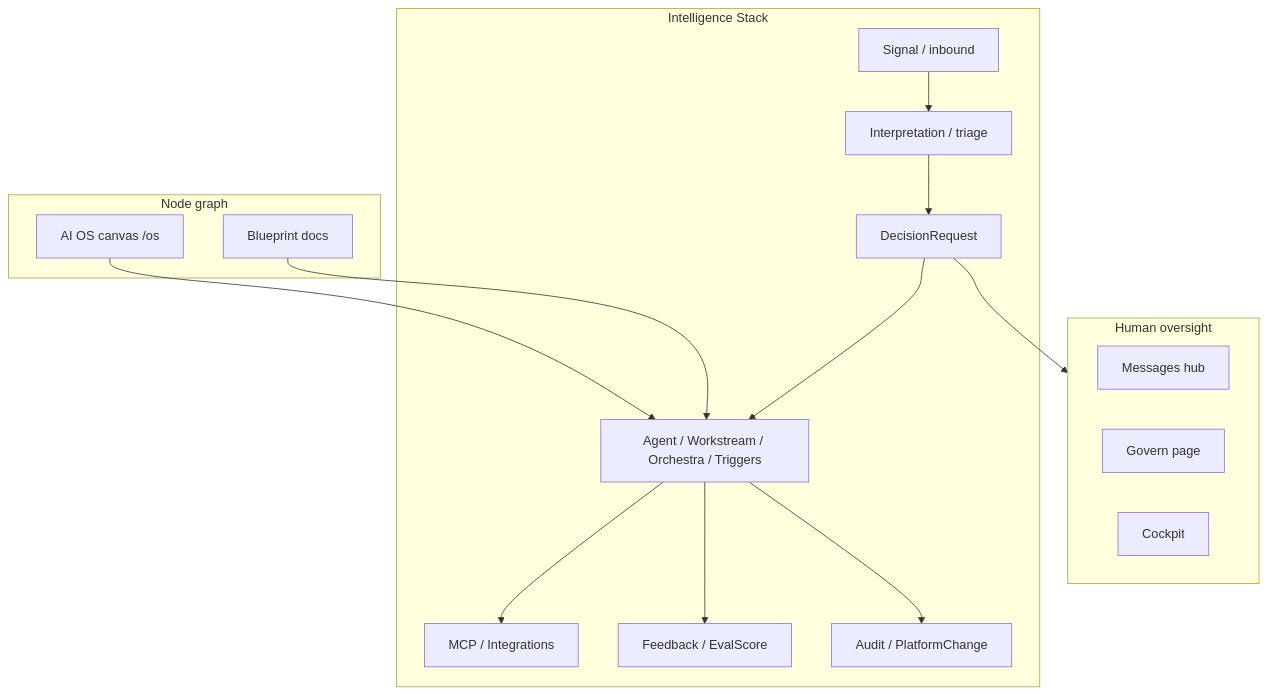
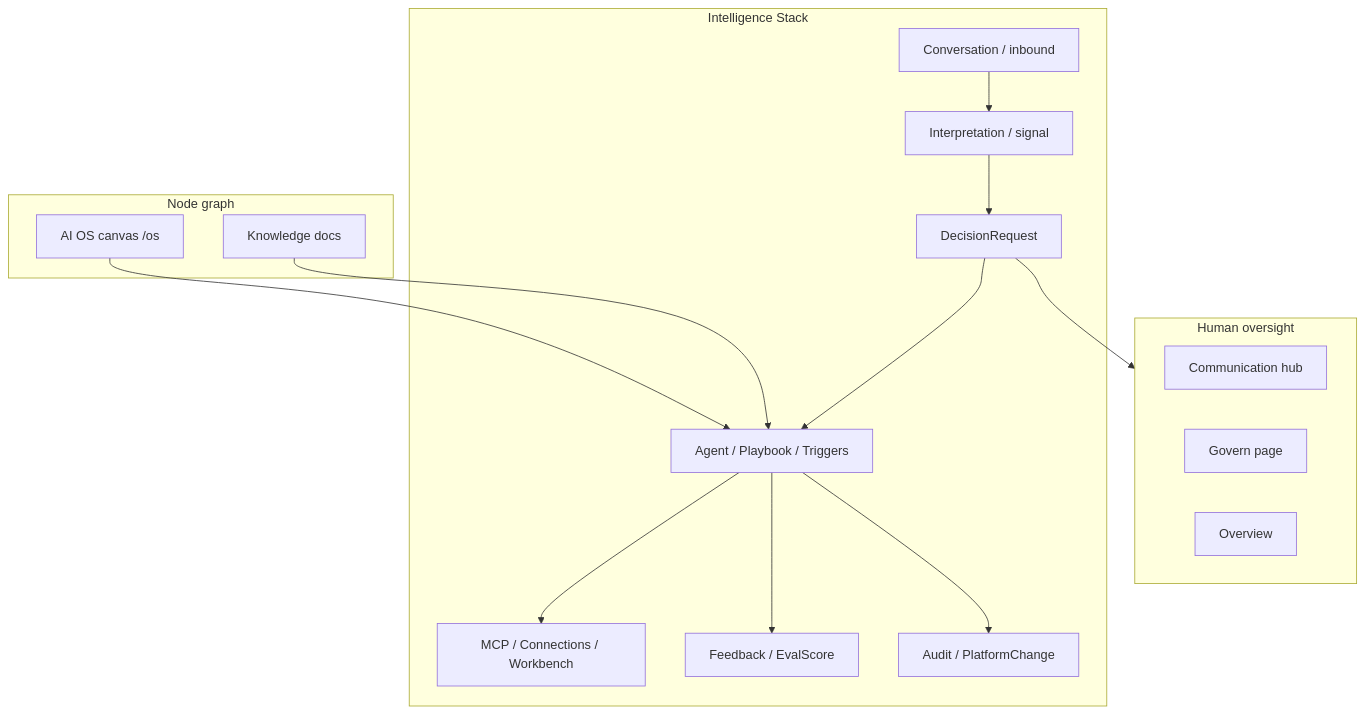
One commit to LorenzoBoers/BokitoAiV2 changed the diagram in docs/CORE_INTENT.md. Above: the diagram before and after it, drawn with Mermaid. The commit also changed other lines of this file and 266 other files, not shown here.

````diff
--- a/docs/CORE_INTENT.md
+++ b/docs/CORE_INTENT.md
@@ -27,28 +57,28 @@
 ```mermaid
 flowchart TB
   subgraph human [Human oversight]
-    Messages[Messages hub]
+    Communication[Communication hub]
     Govern[Govern page]
-    Cockpit[Cockpit]
+    Overview[Overview]
   end
   subgraph stack [Intelligence Stack]
-    Sensing[Signal / inbound]
-    Interpret[Interpretation / triage]
+    Sensing[Conversation / inbound]
+    Interpret[Interpretation / signal]
     Decide[DecisionRequest]
-    Orchestrate[Agent / Workstream / Orchestra / Triggers]
-    Integrate[MCP / Integrations]
+    Orchestrate[Agent / Playbook / Triggers]
+    Integrate[MCP / Connections / Workbench]
     Learn[Feedback / EvalScore]
     Assure[Audit / PlatformChange]
   end
   subgraph graph [Node graph]
     Canvas[AI OS canvas /os]
-    Blueprint[Blueprint docs]
+    Knowledge[Knowledge docs]
   end
   Sensing --> Interpret --> Decide --> Orchestrate
   Orchestrate --> Integrate
   Orchestrate --> Learn
   Decide --> human
   Orchestrate --> Assure
   Canvas --> Orchestrate
-  Blueprint --> Orchestrate
+  Knowledge --> Orchestrate
 ```
````
